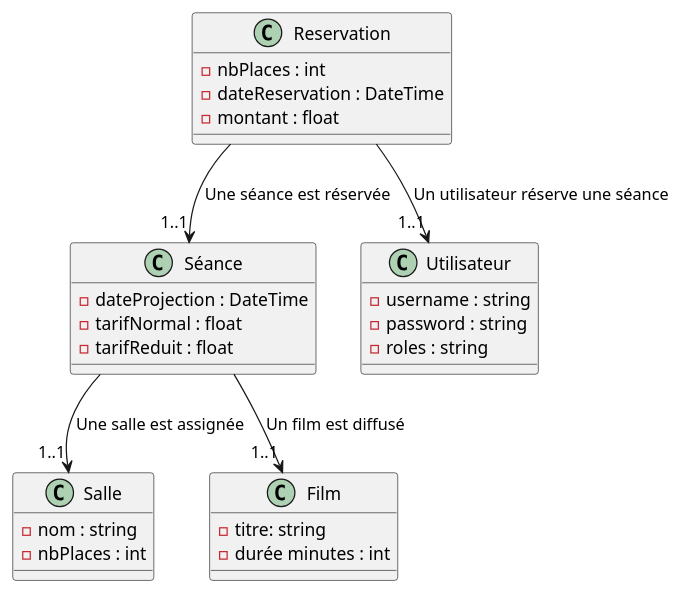
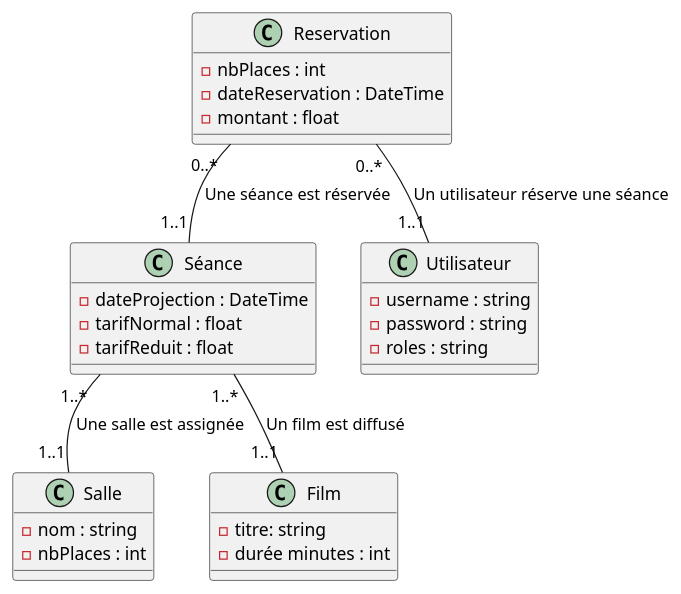
Before and after one commit to mutulus/api-bts-projet-api: the diagram in documentation/diagrammeClass.puml, drawn with PlantUML. The commit also changed 1 other file, not shown here.

```diff
--- a/documentation/diagrammeClass.puml
+++ b/documentation/diagrammeClass.puml
@@ -1,37 +1,37 @@
 @startuml
 'https://plantuml.com/sequence-diagram
 Class Salle{
    -nom : string
    -nbPlaces : int
 }
 Class Séance{
     -dateProjection : DateTime
     -tarifNormal : float
     -tarifReduit : float
 }
 Class Film{
     -titre: string
     -durée minutes : int
 }
 
 Class Utilisateur{
     -username : string
     -password : string
     -roles : string
 }
 
 Class Reservation{
     -nbPlaces : int
     -dateReservation : DateTime
     -montant : float
 }
 
 
 
-Reservation --> "1..1" Utilisateur : Un utilisateur réserve une séance
-Reservation --> "1..1" Séance : Une séance est réservée
-Séance  --> "1..1" Film : Un film est diffusé
-Séance --> "1..1" Salle : Une salle est assignée
+Reservation "0..*" -- "1..1" Utilisateur : Un utilisateur réserve une séance
+Reservation "0..*" -- "1..1" Séance : Une séance est réservée
+Séance "1..*" -- "1..1" Film : Un film est diffusé
+Séance "1..*" -- "1..1" Salle : Une salle est assignée
 
 
 @enduml
```
